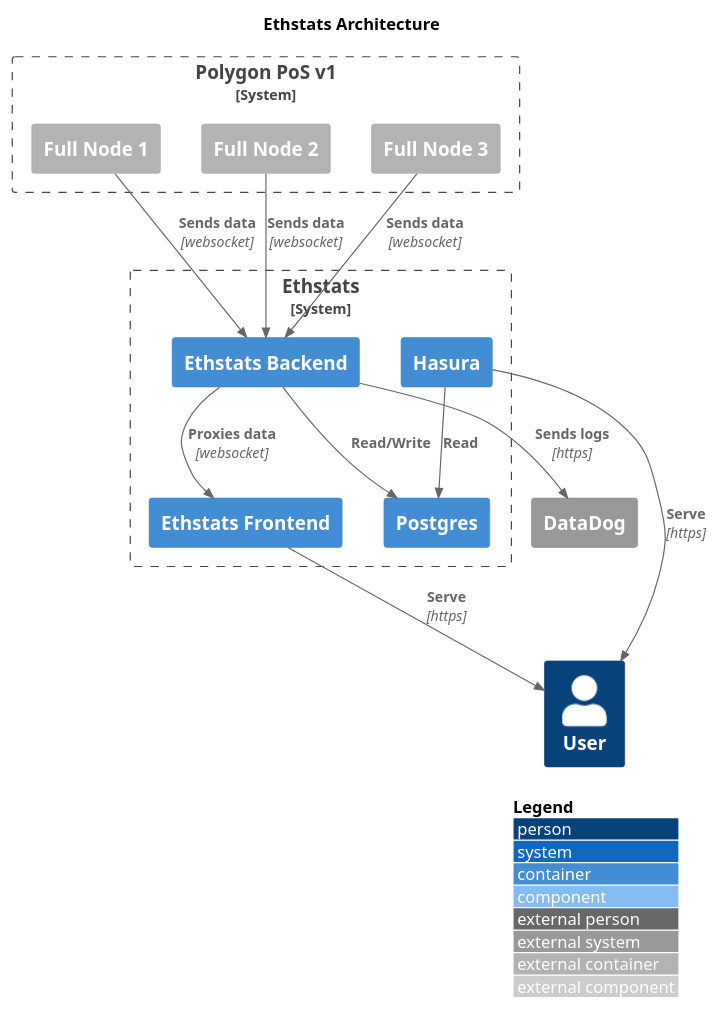
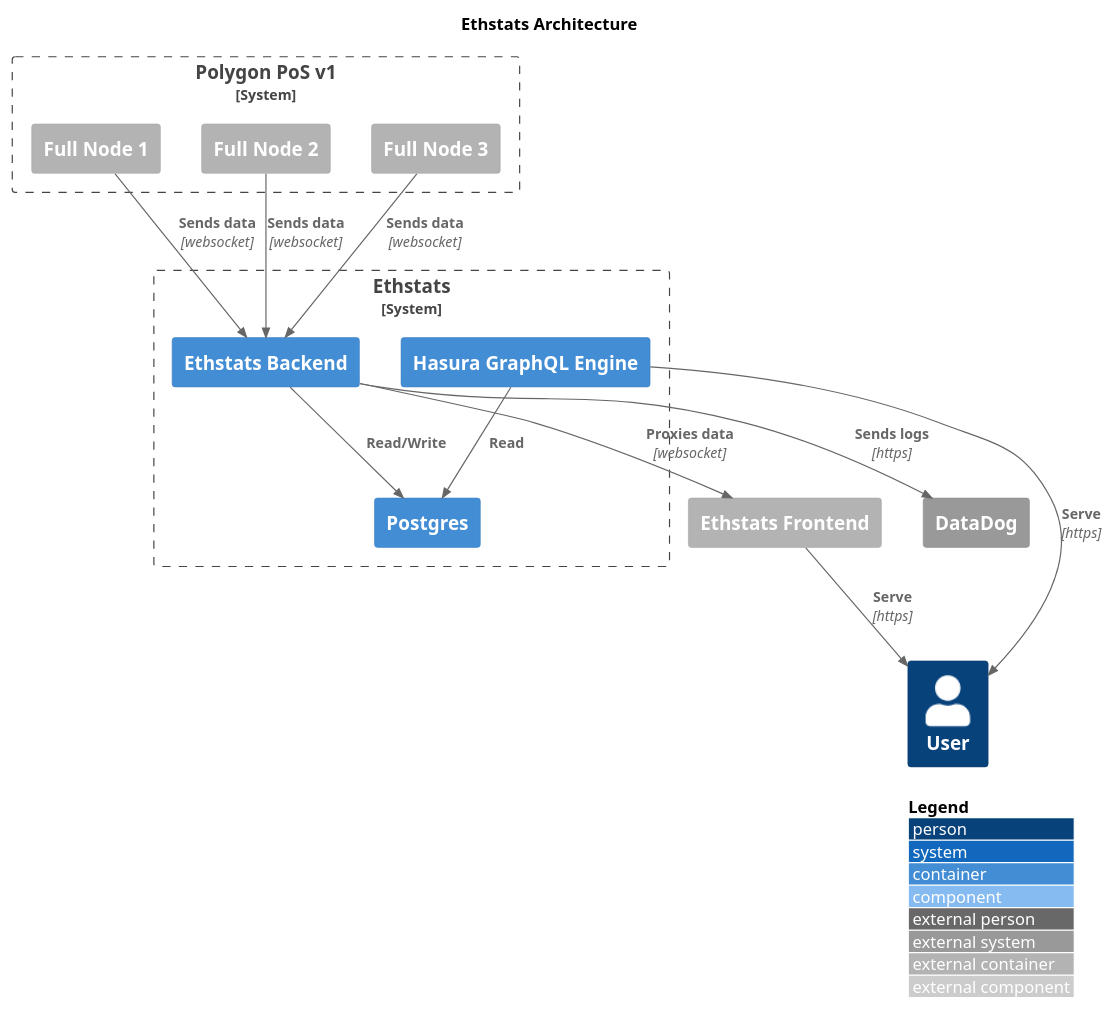
The diagram in README.md (maticnetwork/ethstats-backend), drawn with PlantUML before and after one commit. The commit also changed 1 other file, not shown here.

Commit message:
move frontend outside

````diff
--- a/README.md
+++ b/README.md
@@ -58,38 +58,39 @@
 ```plantuml
 @startuml docs/architecture
 ' Generate this file with: platnuml -tsvg README.md
 !include https://raw.githubusercontent.com/plantuml-stdlib/C4-PlantUML/master/C4_Component.puml
 
 title Ethstats Architecture
 
 LAYOUT_WITH_LEGEND()
 
 System_Boundary(blockchain, "Polygon PoS v1") {
   Container_Ext(node1, "Full Node 1")
   Container_Ext(node2, "Full Node 2")
   Container_Ext(node3, "Full Node 3")
 }
 
 System_Boundary(ethstats, "Ethstats") {
   Container(backend, "Ethstats Backend")
-  Container(hasura, "Hasura")
+  Container(hasura, "Hasura GraphQL Engine")
   Container(postgres, "Postgres")
-  Container(frontend, "Ethstats Frontend")
 }
+
+Container_Ext(frontend, "Ethstats Frontend")
 
 Person(user, "User")
 
 System_Ext(datadog, "DataDog")
 
 Rel(node1, backend, "Sends data", "websocket")
 Rel(node2, backend, "Sends data", "websocket")
 Rel(node3, backend, "Sends data", "websocket")
 Rel(backend, postgres, "Read/Write")
 Rel(hasura, postgres, "Read")
 Rel(hasura, user, "Serve", "https")
 Rel(frontend, user, "Serve", "https")
 Rel(backend, frontend, "Proxies data", "websocket")
 Rel(backend, datadog, "Sends logs", "https")
 
 @enduml
 ```
````
